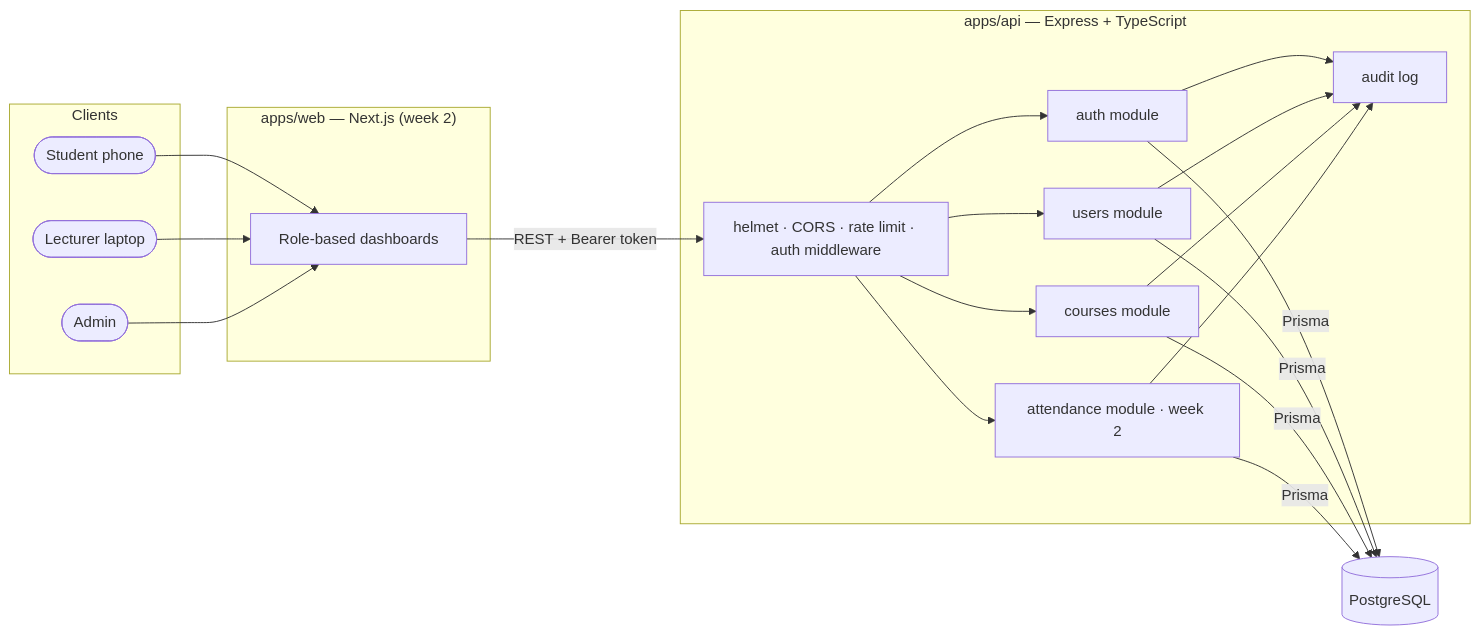
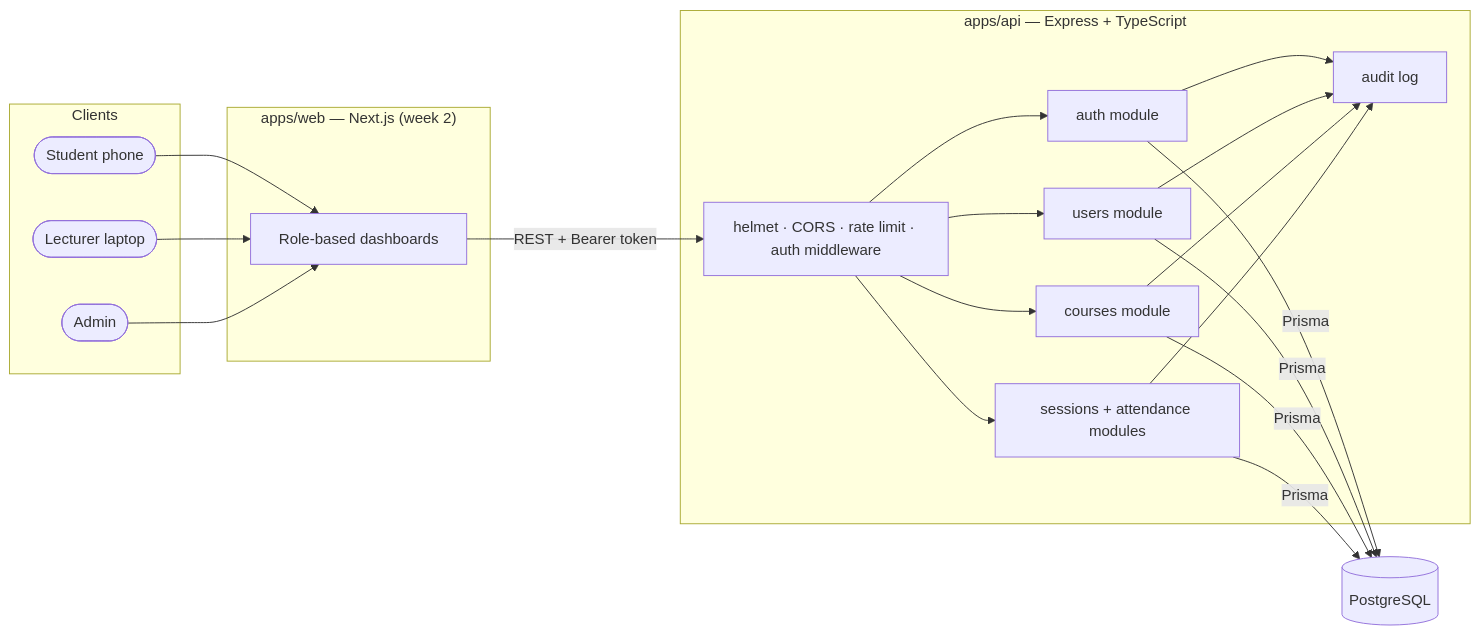
The first of 3 diagrams in docs/architecture.md (kasondebbuku-spec/smart-campus-management), drawn with Mermaid before and after one commit. The commit also changed other lines of this file and 9 other files, not shown here.

````diff
--- a/docs/architecture.md
+++ b/docs/architecture.md
@@ -5,26 +5,26 @@
 ```mermaid
 flowchart LR
     subgraph Clients
       S([Student phone])
       L([Lecturer laptop])
       A([Admin])
     end
     subgraph Web["apps/web — Next.js (week 2)"]
       UI[Role-based dashboards]
     end
     subgraph API["apps/api — Express + TypeScript"]
       MW[helmet · CORS · rate limit · auth middleware]
       AUTH[auth module]
       USERS[users module]
       COURSES[courses module]
-      ATT[attendance module · week 2]
+      ATT[sessions + attendance modules]
       AUD[audit log]
     end
     DB[(PostgreSQL)]
 
     S & L & A --> UI
     UI -->|REST + Bearer token| MW
     MW --> AUTH & USERS & COURSES & ATT
     AUTH & USERS & COURSES & ATT --> AUD
     AUTH & USERS & COURSES & ATT -->|Prisma| DB
 ```
````
